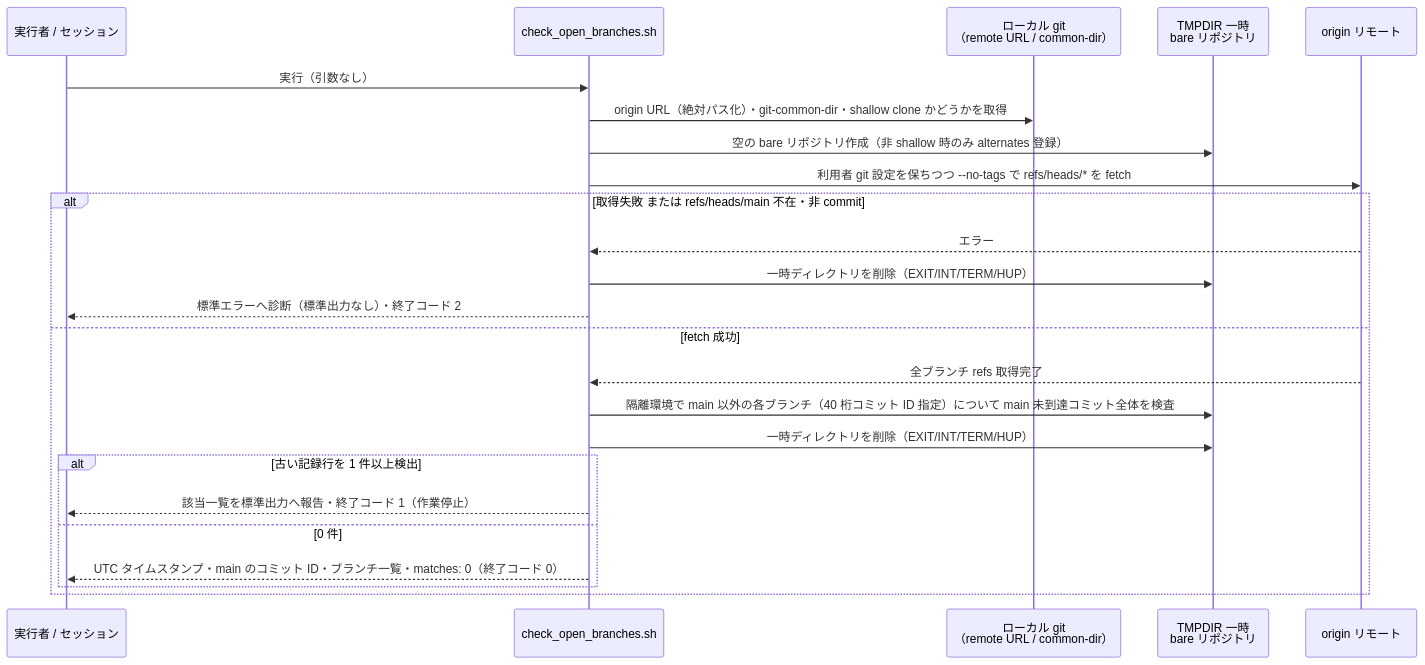
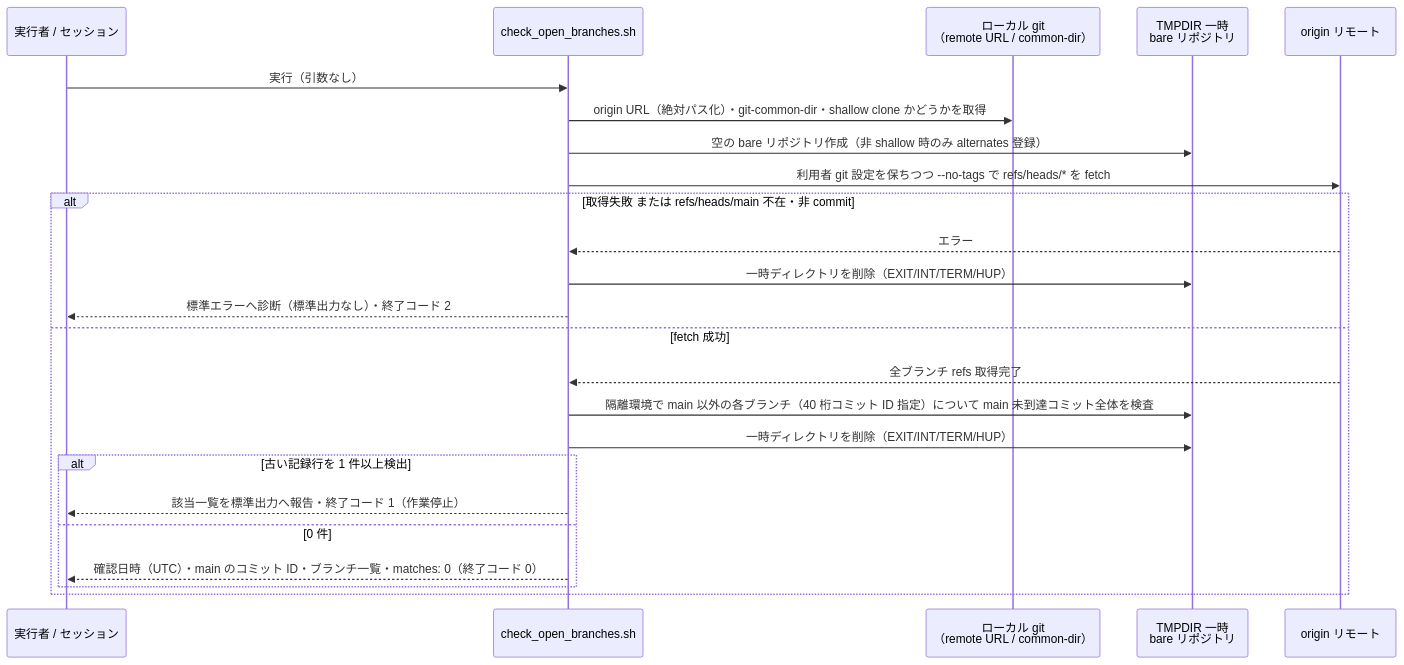
One commit to isseis/yt2column changed the third of 7 diagrams in docs/tasks/0121_retire_legacy_review_records/02_architecture.md. Above: the diagram before and after it, drawn with Mermaid. The commit also changed other lines of this file, not shown here.

````diff
--- a/docs/tasks/0121_retire_legacy_review_records/02_architecture.md
+++ b/docs/tasks/0121_retire_legacy_review_records/02_architecture.md
@@ -199,27 +199,27 @@
 ```mermaid
 sequenceDiagram
     participant Op as 実行者 / セッション
     participant Sh as check_open_branches.sh
     participant LocalGit as ローカル git<br>（remote URL / common-dir）
     participant Tmp as TMPDIR 一時<br>bare リポジトリ
     participant Origin as origin リモート
 
     Op->>Sh: 実行（引数なし）
     Sh->>LocalGit: origin URL（絶対パス化）・git-common-dir・shallow clone かどうかを取得
     Sh->>Tmp: 空の bare リポジトリ作成（非 shallow 時のみ alternates 登録）
     Sh->>Origin: 利用者 git 設定を保ちつつ --no-tags で refs/heads/* を fetch
     alt 取得失敗 または refs/heads/main 不在・非 commit
         Origin-->>Sh: エラー
         Sh->>Tmp: 一時ディレクトリを削除（EXIT/INT/TERM/HUP）
         Sh-->>Op: 標準エラーへ診断（標準出力なし）・終了コード 2
     else fetch 成功
         Origin-->>Sh: 全ブランチ refs 取得完了
         Sh->>Tmp: 隔離環境で main 以外の各ブランチ（40 桁コミット ID 指定）について main 未到達コミット全体を検査
         Sh->>Tmp: 一時ディレクトリを削除（EXIT/INT/TERM/HUP）
         alt 古い記録行を 1 件以上検出
             Sh-->>Op: 該当一覧を標準出力へ報告・終了コード 1（作業停止）
         else 0 件
-            Sh-->>Op: UTC タイムスタンプ・main のコミット ID・ブランチ一覧・matches: 0（終了コード 0）
+            Sh-->>Op: 確認日時（UTC）・main のコミット ID・ブランチ一覧・matches: 0（終了コード 0）
         end
     end
 ```
````
